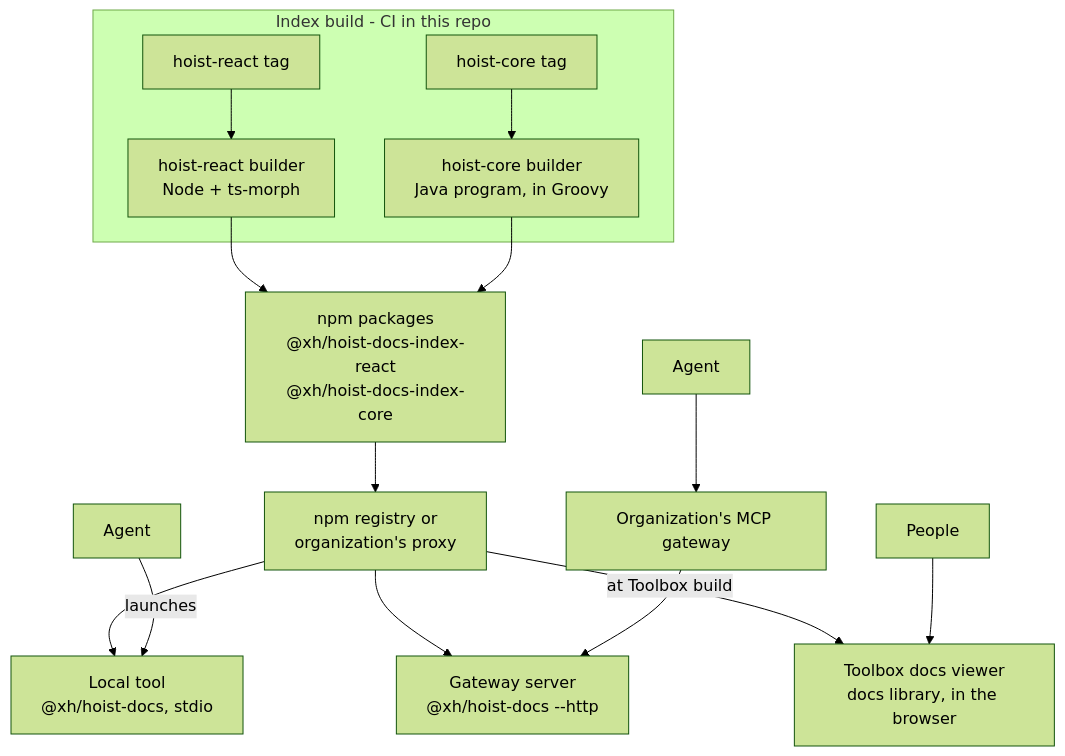
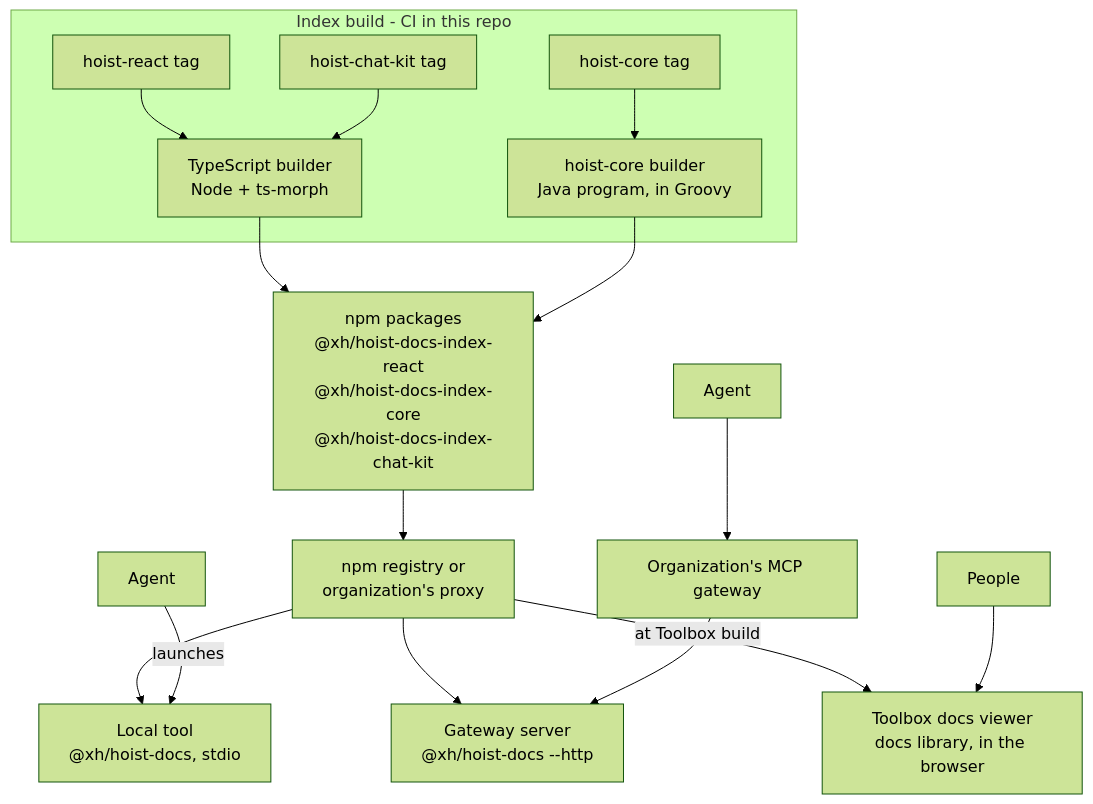
Before and after one commit to xh/hoist-docs: the diagram in docs/design.md, drawn with Mermaid (forest theme). The commit also changed other lines of this file and 26 other files, not shown here.

First line of the commit message:
Add hoist-chat-kit as a built-in library and fetch indexes on demand in the gateway

````diff
--- a/docs/design.md
+++ b/docs/design.md
@@ -125,16 +129,17 @@
 ```mermaid
 flowchart TB
     subgraph B[Index build - CI in this repo]
-        RT[hoist-react tag] --> RB[hoist-react builder<br/>Node + ts-morph]
+        RT[hoist-react tag] --> RB[TypeScript builder<br/>Node + ts-morph]
+        KT[hoist-chat-kit tag] --> RB
         CT[hoist-core tag] --> CB[hoist-core builder<br/>Java program, in Groovy]
     end
     RB --> P
     CB --> P
-    P[npm packages<br/>@xh/hoist-docs-index-react<br/>@xh/hoist-docs-index-core] --> R[npm registry or<br/>organization's proxy]
+    P[npm packages<br/>@xh/hoist-docs-index-react<br/>@xh/hoist-docs-index-core<br/>@xh/hoist-docs-index-chat-kit] --> R[npm registry or<br/>organization's proxy]
     R --> LT[Local tool<br/>@xh/hoist-docs, stdio]
     R --> GS[Gateway server<br/>@xh/hoist-docs --http]
     R -->|at Toolbox build| TB[Toolbox docs viewer<br/>docs library, in the browser]
     A[Agent] -->|launches| LT
     A2[Agent] --> G[Organization's MCP gateway] --> GS
     U[People] --> TB
 ```
````
